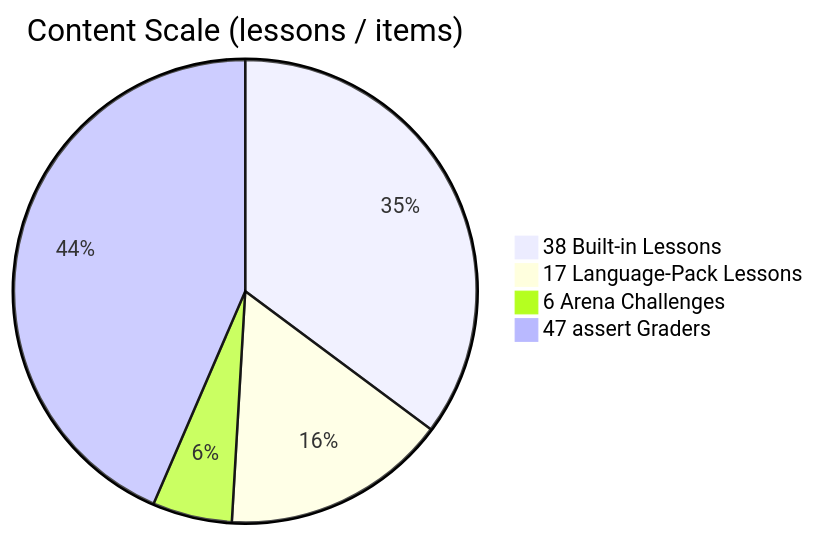
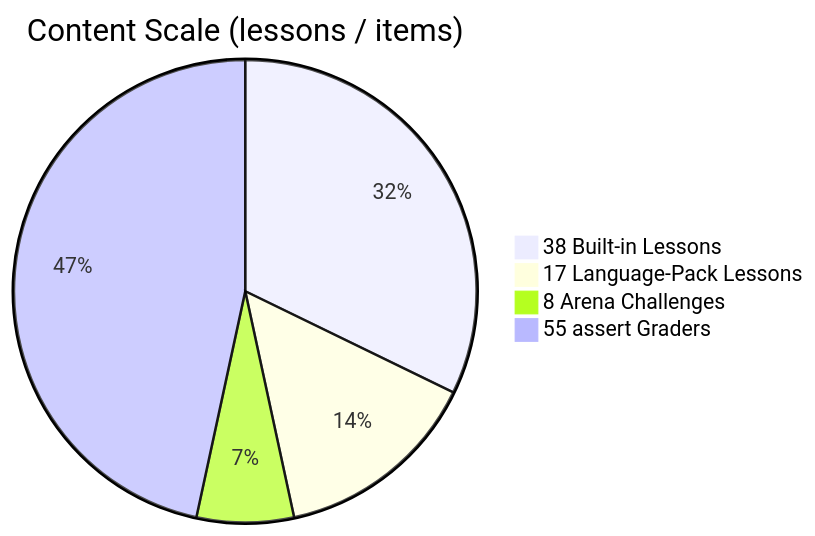
One commit to Morningstar202604/mashang changed the third of 4 diagrams in README.md. Above: the diagram before and after it, drawn with Mermaid. The commit also changed other lines of this file and 9 other files, not shown here.

````diff
--- a/README.md
+++ b/README.md
@@ -92,7 +92,7 @@
 ```mermaid
 pie title Content Scale (lessons / items)
     "38 Built-in Lessons" : 38
     "17 Language-Pack Lessons" : 17
-    "6 Arena Challenges" : 6
-    "47 assert Graders" : 47
+    "8 Arena Challenges" : 8
+    "55 assert Graders" : 55
 ```
````
